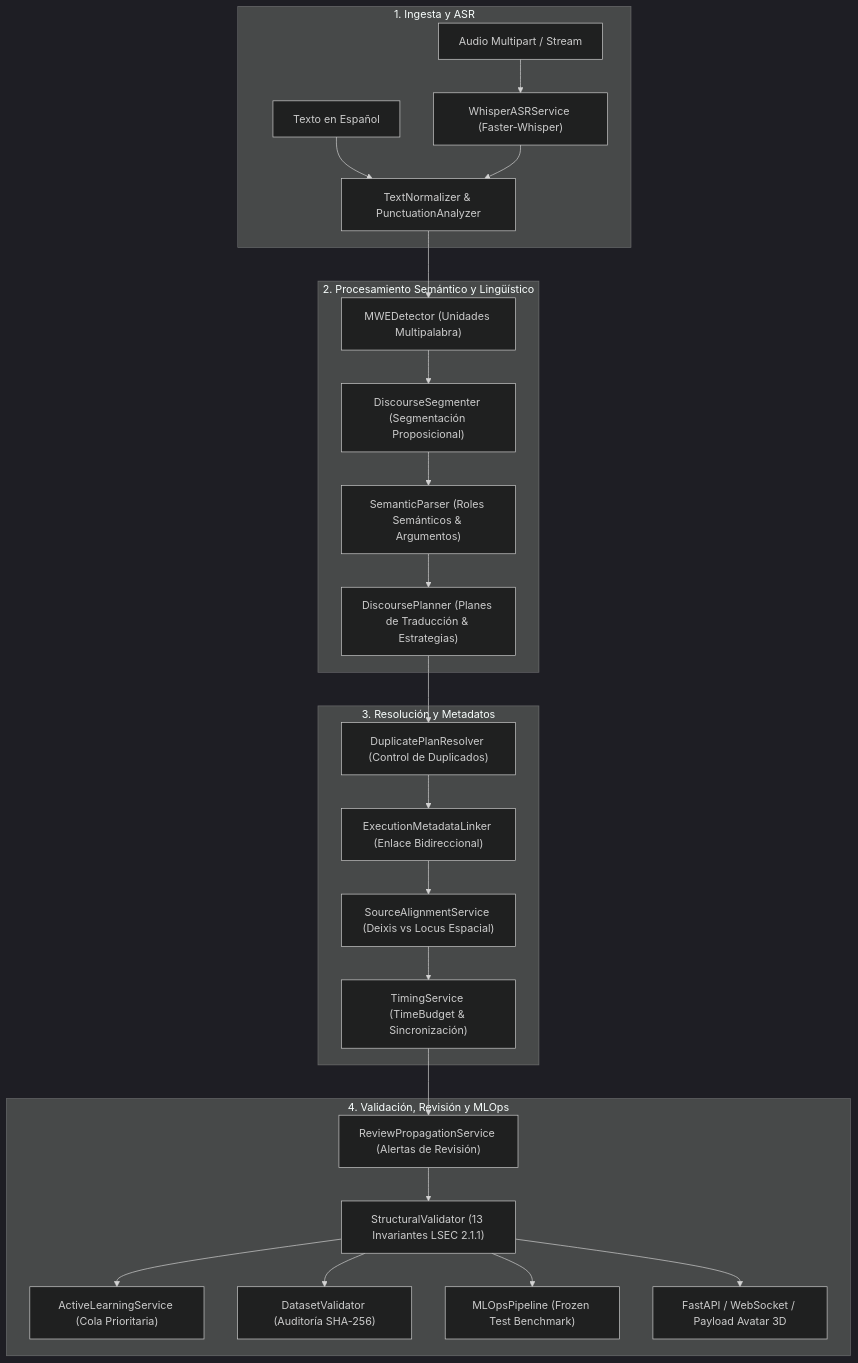
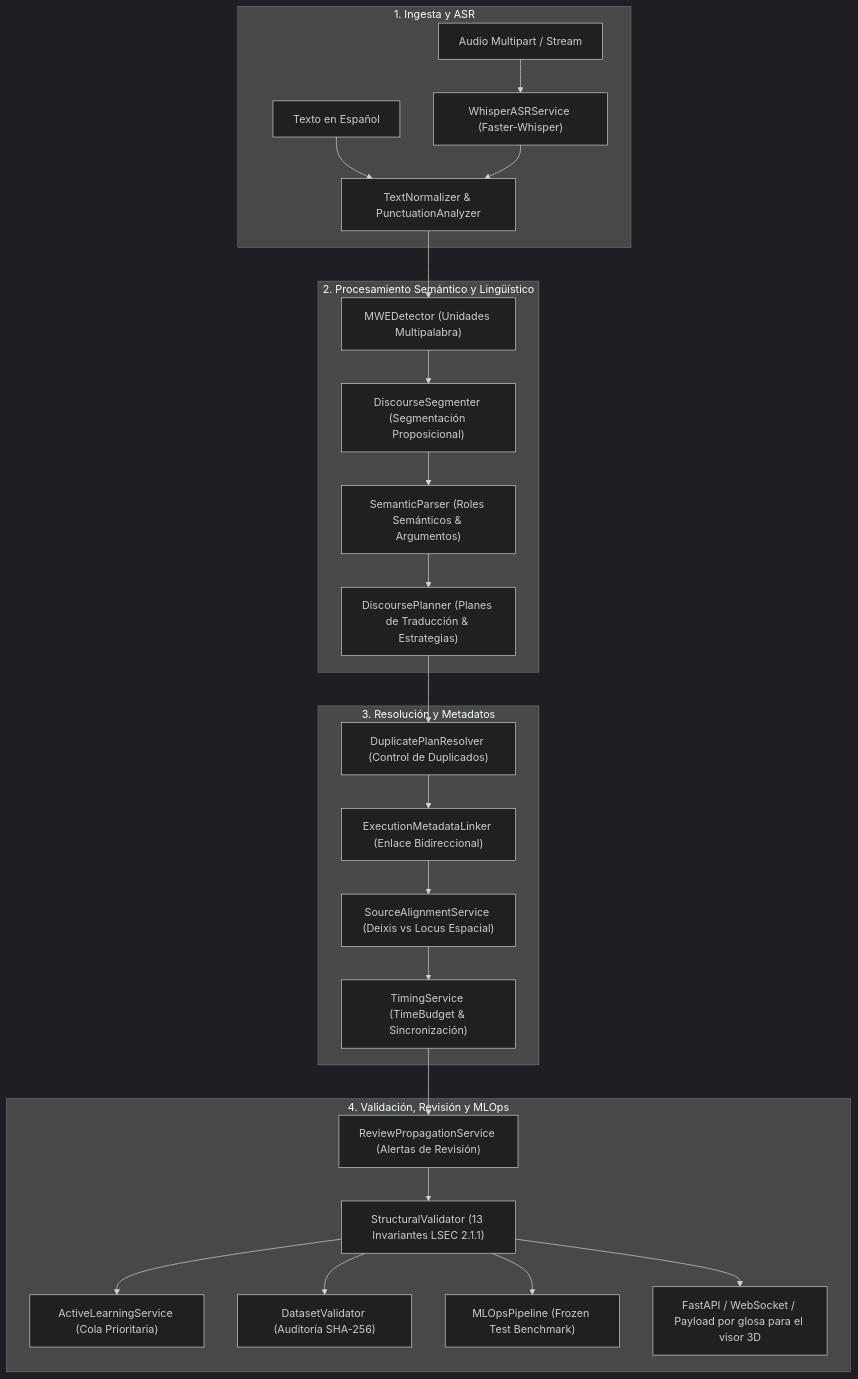
One commit to BrandonVol3/lsec-translator changed the first of 2 diagrams in docs/DOCUMENTACION_SISTEMA_BACKEND_FRONTEND.md. Above: the diagram before and after it, drawn with Mermaid (dark theme). The commit also changed other lines of this file and 541 other files, not shown here.

````diff
--- a/docs/DOCUMENTACION_SISTEMA_BACKEND_FRONTEND.md
+++ b/docs/DOCUMENTACION_SISTEMA_BACKEND_FRONTEND.md
@@ -12,31 +12,31 @@
 ```mermaid
 graph TD
     subgraph INGESTION["1. Ingesta y ASR"]
         Audio["Audio Multipart / Stream"] --> WhisperASR["WhisperASRService (Faster-Whisper)"]
         Texto["Texto en Español"] --> Normalizer["TextNormalizer & PunctuationAnalyzer"]
         WhisperASR --> Normalizer
     end
 
     subgraph NLP_CORE["2. Procesamiento Semántico y Lingüístico"]
         Normalizer --> MWE["MWEDetector (Unidades Multipalabra)"]
         MWE --> Segmenter["DiscourseSegmenter (Segmentación Proposicional)"]
         Segmenter --> SemanticParser["SemanticParser (Roles Semánticos & Argumentos)"]
         SemanticParser --> Planner["DiscoursePlanner (Planes de Traducción & Estrategias)"]
     end
 
     subgraph RESOLUTION_LINKING["3. Resolución y Metadatos"]
         Planner --> DuplicateResolver["DuplicatePlanResolver (Control de Duplicados)"]
         DuplicateResolver --> MetadataLinker["ExecutionMetadataLinker (Enlace Bidireccional)"]
         MetadataLinker --> Alignment["SourceAlignmentService (Deixis vs Locus Espacial)"]
         Alignment --> Timing["TimingService (TimeBudget & Sincronización)"]
     end
 
     subgraph VALIDATION_MLOPS["4. Validación, Revisión y MLOps"]
         Timing --> ReviewService["ReviewPropagationService (Alertas de Revisión)"]
         ReviewService --> Validator["StructuralValidator (13 Invariantes LSEC 2.1.1)"]
         Validator --> ActiveLearning["ActiveLearningService (Cola Prioritaria)"]
         Validator --> DatasetValidator["DatasetValidator (Auditoría SHA-256)"]
         Validator --> MLOps["MLOpsPipeline (Frozen Test Benchmark)"]
-        Validator --> Outputs["FastAPI / WebSocket / Payload Avatar 3D"]
+        Validator --> Outputs["FastAPI / WebSocket / Payload por glosa para el visor 3D"]
     end
 ```
````
